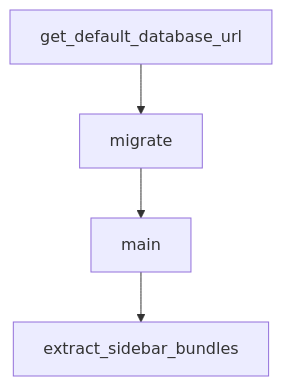
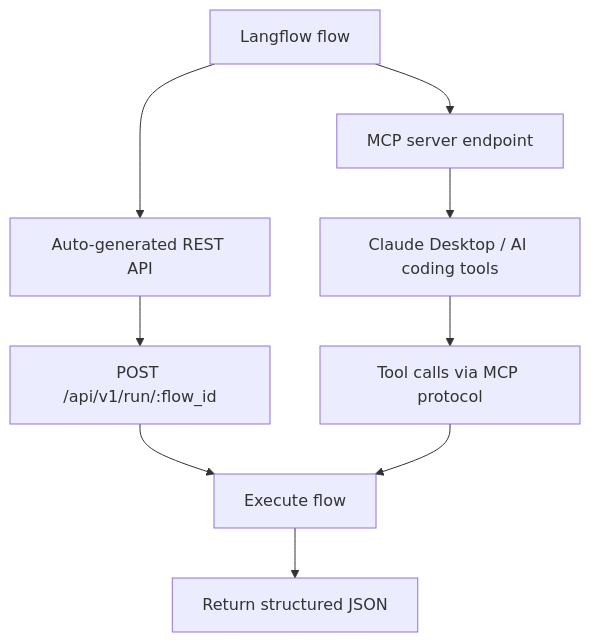
One commit to johnxie/awesome-code-docs changed the diagram in tutorials/langflow-tutorial/05-api-and-mcp-deployment.md. Above: the diagram before and after it, drawn with Mermaid. The commit also changed other lines of this file and 1232 other files, not shown here.

````diff
--- a/tutorials/langflow-tutorial/05-api-and-mcp-deployment.md
+++ b/tutorials/langflow-tutorial/05-api-and-mcp-deployment.md
@@ -212,10 +43,11 @@
 ```mermaid
 flowchart TD
-    A[get_default_database_url]
-    B[migrate]
-    C[main]
-    D[extract_sidebar_bundles]
-    A --> B
-    B --> C
-    C --> D
+    A[Langflow flow] --> B[Auto-generated REST API]
+    B --> C[POST /api/v1/run/:flow_id]
+    C --> D[Execute flow]
+    D --> E[Return structured JSON]
+    A --> F[MCP server endpoint]
+    F --> G[Claude Desktop / AI coding tools]
+    G --> H[Tool calls via MCP protocol]
+    H --> D
 ```
````
